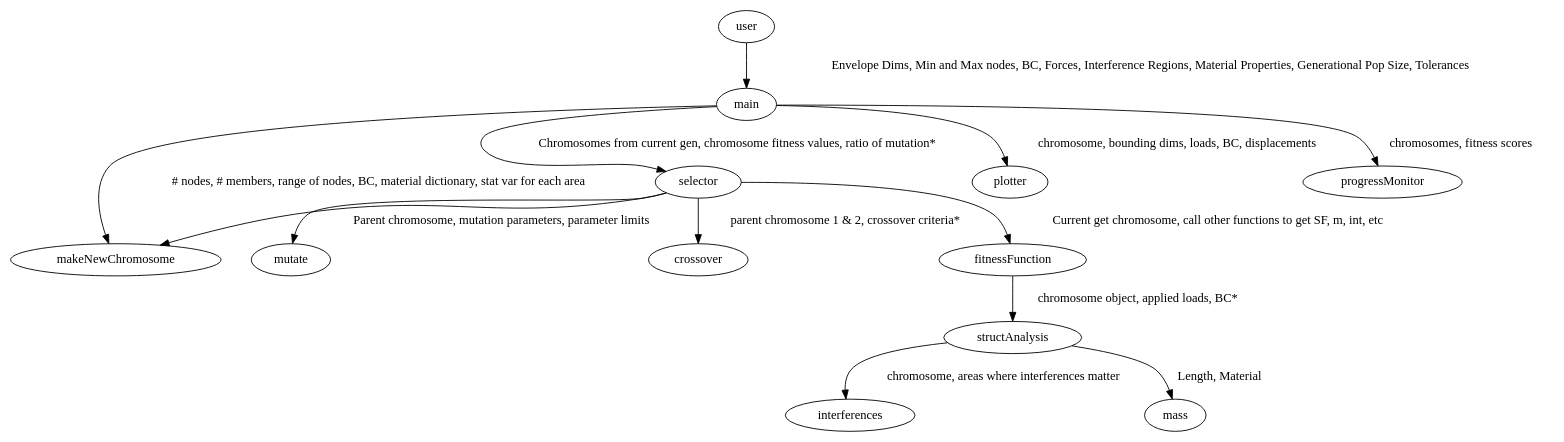
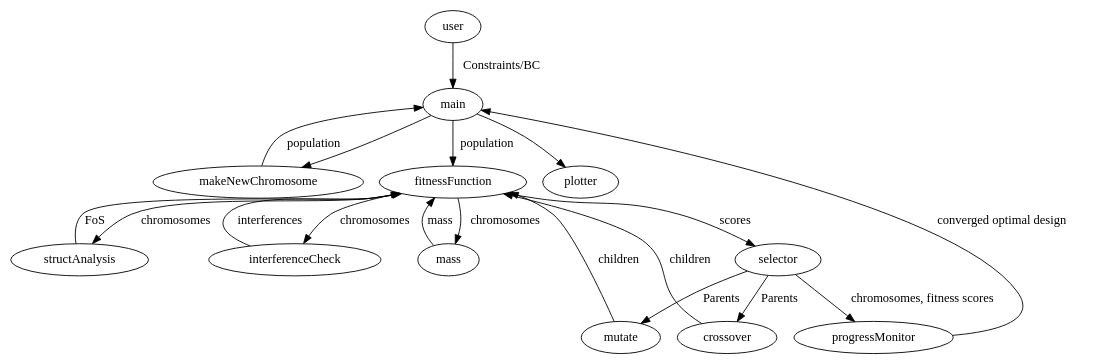
Before and after one commit to f0uriest/GASTOp: the diagram in flowchart.gv, drawn with Graphviz. The commit also changed 1 other file, not shown here.

Commit message:
cleaned up design doc and updated flowchart to make it a bit easier to read hopefully

```diff
--- a/flowchart.gv
+++ b/flowchart.gv
@@ -1,16 +1,22 @@
  digraph graphname {
-     user -> main [label = "Envelope Dims, Min and Max nodes, BC, Forces, Interference Regions, Material Properties, Generational Pop Size, Tolerances"];
-     main -> makeNewChromosome [label = "# nodes, # members, range of nodes, BC, material dictionary, stat var for each area"];
-     main -> selector [label = "Chromosomes from current gen, chromosome fitness values, ratio of mutation*"];
-     selector -> mutate [label = "Parent chromosome, mutation parameters, parameter limits"];
-     selector -> crossover [label = "parent chromosome 1 & 2, crossover criteria*"];
-     selector -> makeNewChromosome;
-     selector -> fitnessFunction [label = "Current get chromosome, call other functions to get SF, m, int, etc"];
-     fitnessFunction -> structAnalysis [label = "chromosome object, applied loads, BC*"];
-     structAnalysis -> interferences [label = "chromosome, areas where interferences matter"];
-     structAnalysis -> mass [label="Length, Material"];
-     main -> plotter [label = "chromosome, bounding dims, loads, BC, displacements"];
-     main -> progressMonitor [label = "chromosomes, fitness scores"];
-
+	 user -> main [label = "Constraints/BC"];
+	 main -> makeNewChromosome;
+	 makeNewChromosome -> main [label = "population"];
+	 main -> fitnessFunction [label = "population"] ;
+	 fitnessFunction -> structAnalysis [label = "chromosomes"];
+	 fitnessFunction -> interferenceCheck [label = "chromosomes"];
+	 fitnessFunction -> mass [label = "chromosomes"] ;
+	 mass -> fitnessFunction [label = "mass"];
+	 structAnalysis -> fitnessFunction [label = "FoS"];
+	 interferenceCheck -> fitnessFunction [label = "interferences"];
+	 fitnessFunction -> selector [label = "scores"];
+	 selector -> mutate [label = "Parents"];
+	 selector -> crossover [label = "Parents"];
+	 mutate -> fitnessFunction [label = "children"];
+	 crossover -> fitnessFunction [label = "children"];
+	 main -> plotter ;
+	 selector -> progressMonitor [label = "chromosomes, fitness scores"];
+	 progressMonitor -> main [label = "converged optimal design"];
+	 
 
  }
```
